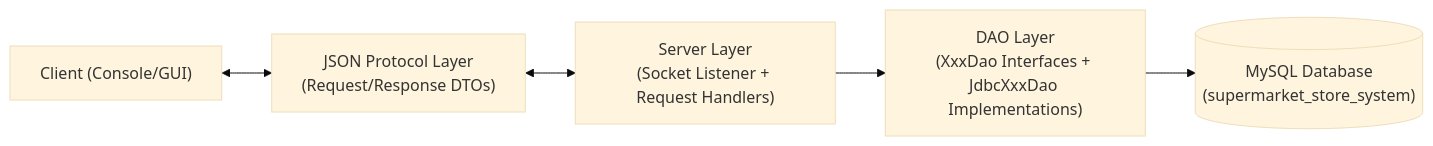
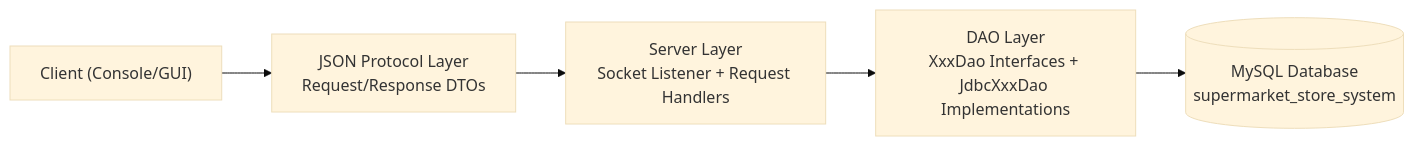
The diagram in docs/architecture.md (nikitsya/2025-26-L8-OOP-GCA2-SD2a), drawn with Mermaid (base theme) before and after one commit.

Commit message:
fix Mermaid architecture diagram rendering for GitHub preview

````diff
--- a/docs/architecture.md
+++ b/docs/architecture.md
@@ -6,13 +6,13 @@
 ```mermaid
 flowchart LR
     C["Client (Console/GUI)"]
-    J["JSON Protocol Layer\n(Request/Response DTOs)"]
-    S["Server Layer\n(Socket Listener + Request Handlers)"]
-    D["DAO Layer\n(XxxDao Interfaces + JdbcXxxDao Implementations)"]
-    DB[("MySQL Database\n(supermarket_store_system)")]
+    J["JSON Protocol Layer<br/>Request/Response DTOs"]
+    S["Server Layer<br/>Socket Listener + Request Handlers"]
+    D["DAO Layer<br/>XxxDao Interfaces + JdbcXxxDao Implementations"]
+    DB[("MySQL Database<br/>supermarket_store_system")]
 
-    C <--> J
-    J <--> S
+    C --> J
+    J --> S
     S --> D
     D --> DB
 ```
````
